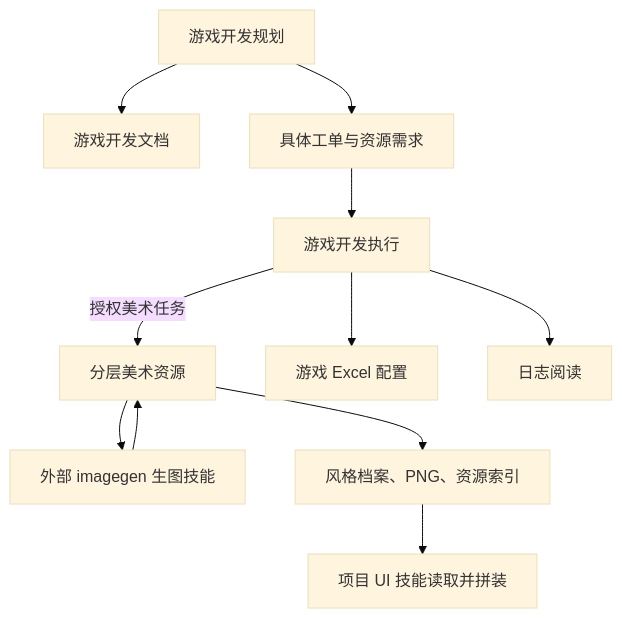
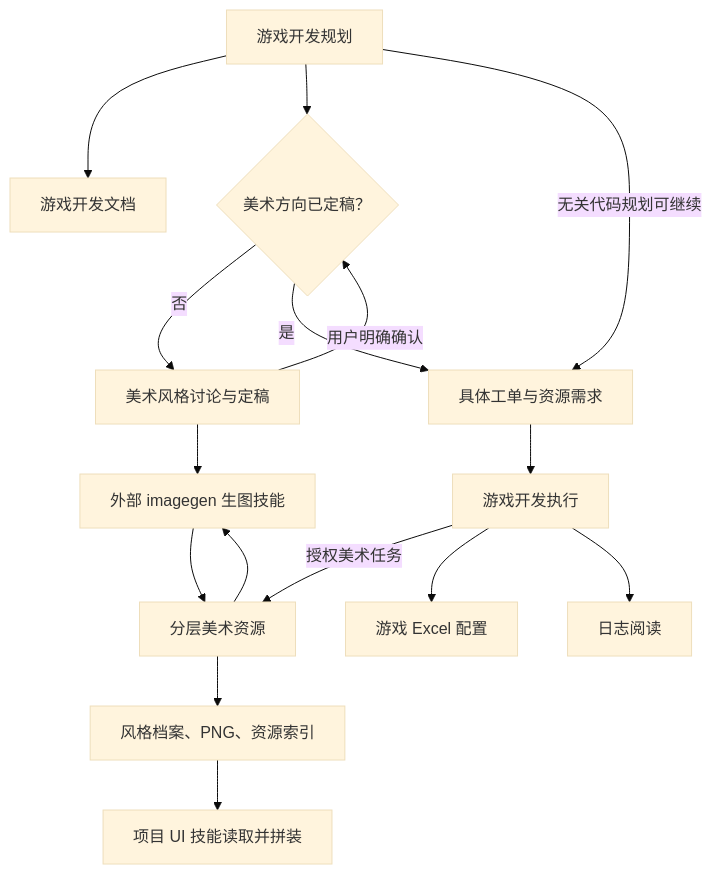
The diagram in README.md (229196637/game-development-skills), drawn with Mermaid (base theme) before and after one commit. The commit also changed other lines of this file and 55 other files, not shown here.

Commit message:
Add game art style discussion and confirmed direction handoff

````diff
--- a/README.md
+++ b/README.md
@@ -16,19 +17,25 @@
 ```mermaid
 flowchart TD
   P[游戏开发规划] --> D[游戏开发文档]
-  P --> T[具体工单与资源需求]
+  P --> V{美术方向已定稿？}
+  V -->|否| S[美术风格讨论与定稿]
+  S -->|用户明确确认| V
+  V -->|是| T
+  S --> I
+  P -->|无关代码规划可继续| T[具体工单与资源需求]
   T --> E[游戏开发执行]
   E -->|授权美术任务| A[分层美术资源]
   A --> I[外部 imagegen 生图技能]
   I --> A
   A --> R[风格档案、PNG、资源索引]
   R --> U[项目 UI 技能读取并拼装]
   E --> C[游戏 Excel 配置]
   E --> L[日志阅读]
   click P "game-system-development-planning/SKILL.md"
+  click S "game-art-style-discussion/SKILL.md"
   click D "game-system-development-documentation/SKILL.md"
   click E "game-system-development-execution/SKILL.md"
   click A "game-layered-art/SKILL.md"
   click C "game-excel-config/SKILL.md"
   click L "log-reading/SKILL.md"
 ```
````
